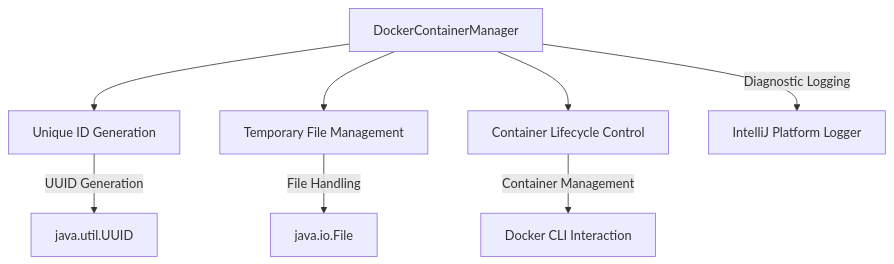
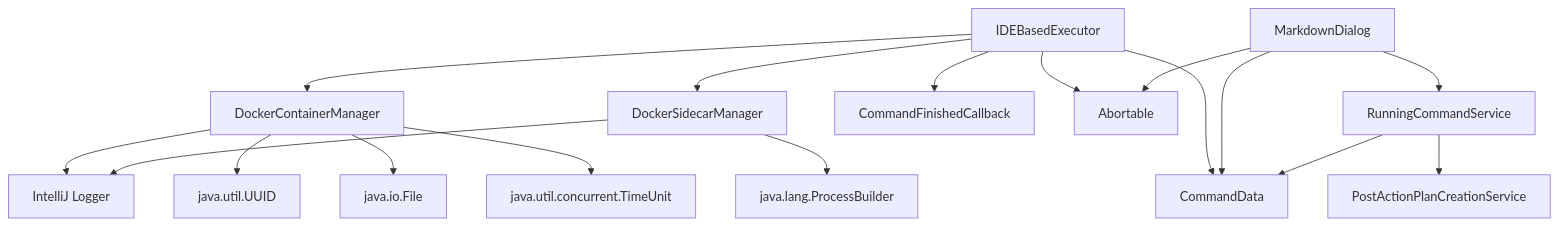
Before and after one commit to p-wegner/coding-aider: the diagram in src/main/kotlin/de/andrena/codingaider/docker/docker.md, drawn with Mermaid. The commit also changed other lines of this file, not shown here.

Commit message:
feat: Update docker module documentation with comprehensive overview and dependencies

````diff
--- a/src/main/kotlin/de/andrena/codingaider/docker/docker.md
+++ b/src/main/kotlin/de/andrena/codingaider/docker/docker.md
@@ -22,11 +29,28 @@
 ```mermaid
 graph TD
-    A[DockerContainerManager] --> B[Unique ID Generation]
-    A --> C[Temporary File Management]
-    A --> D[Container Lifecycle Control]
+    %% Docker Module Classes
+    DCM[DockerContainerManager] --> Logger[IntelliJ Logger]
+    DSM[DockerSidecarManager] --> Logger
     
-    B --> |UUID Generation| E[java.util.UUID]
-    C --> |File Handling| F[java.io.File]
-    D --> |Container Management| G[Docker CLI Interaction]
-    A --> |Diagnostic Logging| H[IntelliJ Platform Logger]
+    %% External Dependencies
+    DCM --> UUID[java.util.UUID]
+    DCM --> File[java.io.File]
+    DCM --> TimeUnit[java.util.concurrent.TimeUnit]
+    DSM --> ProcessBuilder[java.lang.ProcessBuilder]
+    
+    %% Integration with other modules
+    IDE[IDEBasedExecutor] --> DCM
+    IDE --> DSM
+    IDE --> CommandData[CommandData]
+    IDE --> CommandFinishedCallback[CommandFinishedCallback]
+    IDE --> Abortable[Abortable]
+    
+    %% UI Components
+    MarkdownDialog[MarkdownDialog] --> Abortable
+    MarkdownDialog --> CommandData
+    MarkdownDialog --> RunningCommandService[RunningCommandService]
+    
+    %% Services
+    RunningCommandService --> PostActionPlanCreationService[PostActionPlanCreationService]
+    RunningCommandService --> CommandData
 ```
````
